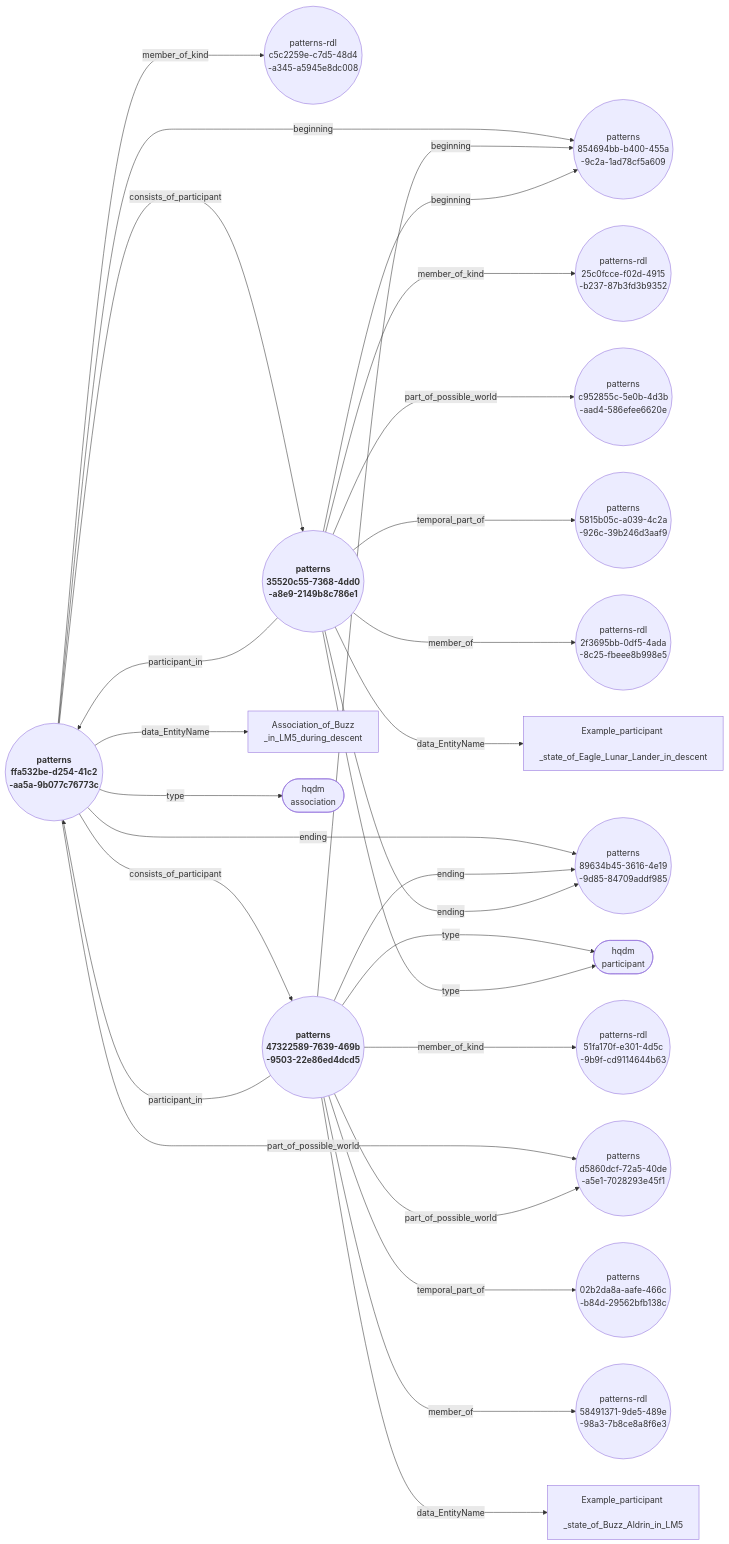
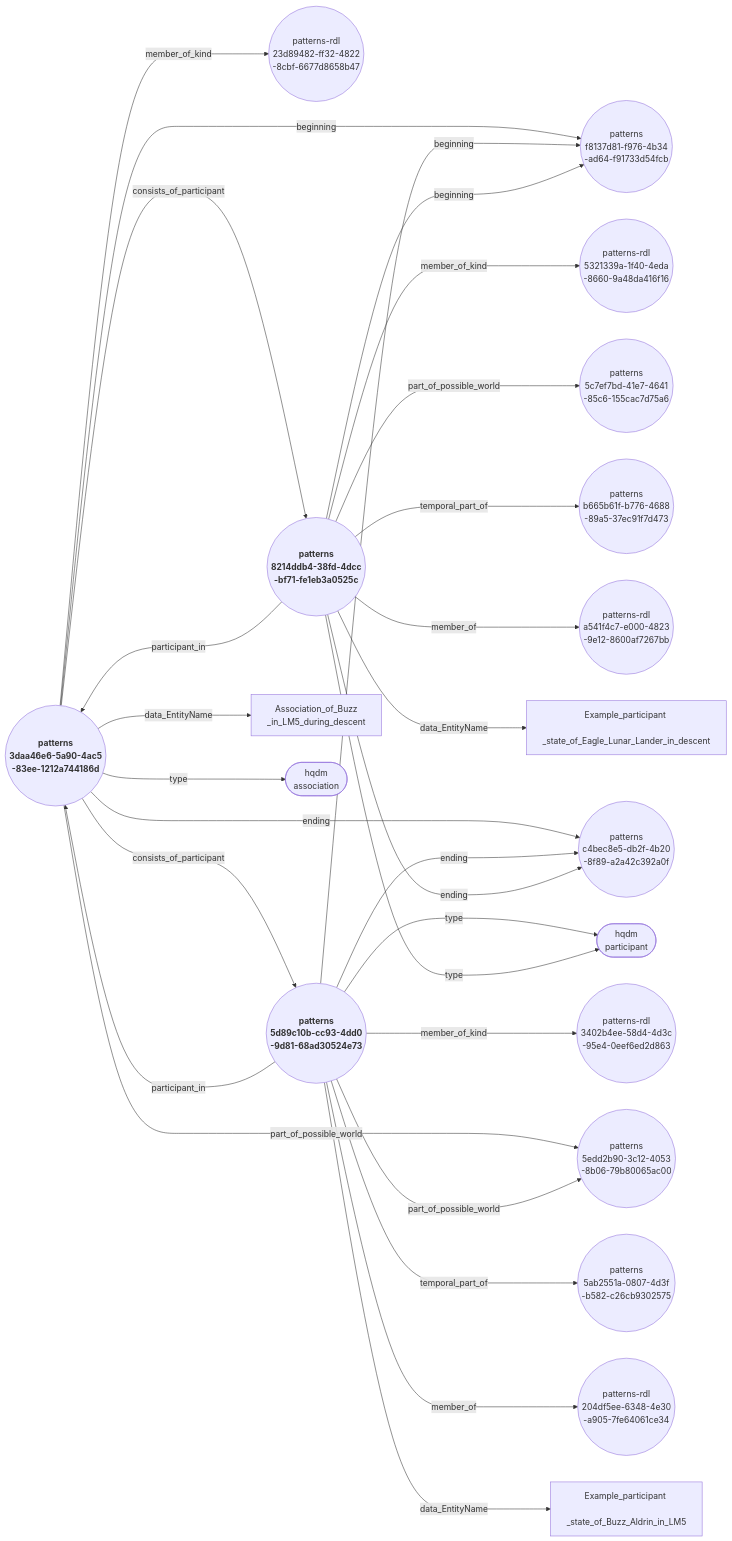
Before and after one commit to ClimbingAl/HqdmPatterns: the diagram in docs/extras/example-files/buzzInLM5AssociationAndParticipantsNodeEdgeGraph.mermaid, drawn with Mermaid. The commit also changed 135 other files, not shown here.

````diff
--- a/docs/extras/example-files/buzzInLM5AssociationAndParticipantsNodeEdgeGraph.mermaid
+++ b/docs/extras/example-files/buzzInLM5AssociationAndParticipantsNodeEdgeGraph.mermaid
@@ -1,29 +1,29 @@
 ``` mermaid
 graph LR
-  ffa532be-d254-41c2-aa5a-9b077c76773c(("<b> patterns <br> ffa532be-d254-41c2 <br> -aa5a-9b077c76773c"))--->|"beginning"|854694bb-b400-455a-9c2a-1ad78cf5a609(("patterns <br> 854694bb-b400-455a <br> -9c2a-1ad78cf5a609"));
-  ffa532be-d254-41c2-aa5a-9b077c76773c(("<b> patterns <br> ffa532be-d254-41c2 <br> -aa5a-9b077c76773c"))--->|"member_of_kind"|c5c2259e-c7d5-48d4-a345-a5945e8dc008(("patterns-rdl <br> c5c2259e-c7d5-48d4 <br> -a345-a5945e8dc008"));
-  ffa532be-d254-41c2-aa5a-9b077c76773c(("<b> patterns <br> ffa532be-d254-41c2 <br> -aa5a-9b077c76773c"))--->|"consists_of_participant"|35520c55-7368-4dd0-a8e9-2149b8c786e1(("<b> patterns <br> 35520c55-7368-4dd0 <br> -a8e9-2149b8c786e1"));
-  ffa532be-d254-41c2-aa5a-9b077c76773c(("<b> patterns <br> ffa532be-d254-41c2 <br> -aa5a-9b077c76773c"))--->|"consists_of_participant"|47322589-7639-469b-9503-22e86ed4dcd5(("<b> patterns <br> 47322589-7639-469b <br> -9503-22e86ed4dcd5"));
-  ffa532be-d254-41c2-aa5a-9b077c76773c(("<b> patterns <br> ffa532be-d254-41c2 <br> -aa5a-9b077c76773c"))--->|"part_of_possible_world"|d5860dcf-72a5-40de-a5e1-7028293e45f1(("patterns <br> d5860dcf-72a5-40de <br> -a5e1-7028293e45f1"));
-  ffa532be-d254-41c2-aa5a-9b077c76773c(("<b> patterns <br> ffa532be-d254-41c2 <br> -aa5a-9b077c76773c"))--->|"data_EntityName"|Association_of_Buzz_in_LM5_during_descent["Association_of_Buzz <br> _in_LM5_during_descent"];
-  ffa532be-d254-41c2-aa5a-9b077c76773c(("<b> patterns <br> ffa532be-d254-41c2 <br> -aa5a-9b077c76773c"))--->|"ending"|89634b45-3616-4e19-9d85-84709addf985(("patterns <br> 89634b45-3616-4e19 <br> -9d85-84709addf985"));
-  ffa532be-d254-41c2-aa5a-9b077c76773c(("<b> patterns <br> ffa532be-d254-41c2 <br> -aa5a-9b077c76773c"))--->|"type"|association(["hqdm <br> association"]);
-  47322589-7639-469b-9503-22e86ed4dcd5(("<b> patterns <br> 47322589-7639-469b <br> -9503-22e86ed4dcd5"))--->|"beginning"|854694bb-b400-455a-9c2a-1ad78cf5a609(("patterns <br> 854694bb-b400-455a <br> -9c2a-1ad78cf5a609"));
-  47322589-7639-469b-9503-22e86ed4dcd5(("<b> patterns <br> 47322589-7639-469b <br> -9503-22e86ed4dcd5"))--->|"member_of_kind"|51fa170f-e301-4d5c-9b9f-cd9114644b63(("patterns-rdl <br> 51fa170f-e301-4d5c <br> -9b9f-cd9114644b63"));
-  47322589-7639-469b-9503-22e86ed4dcd5(("<b> patterns <br> 47322589-7639-469b <br> -9503-22e86ed4dcd5"))--->|"part_of_possible_world"|d5860dcf-72a5-40de-a5e1-7028293e45f1(("patterns <br> d5860dcf-72a5-40de <br> -a5e1-7028293e45f1"));
-  47322589-7639-469b-9503-22e86ed4dcd5(("<b> patterns <br> 47322589-7639-469b <br> -9503-22e86ed4dcd5"))--->|"participant_in"|ffa532be-d254-41c2-aa5a-9b077c76773c(("<b> patterns <br> ffa532be-d254-41c2 <br> -aa5a-9b077c76773c"));
-  47322589-7639-469b-9503-22e86ed4dcd5(("<b> patterns <br> 47322589-7639-469b <br> -9503-22e86ed4dcd5"))--->|"temporal_part_of"|02b2da8a-aafe-466c-b84d-29562bfb138c(("patterns <br> 02b2da8a-aafe-466c <br> -b84d-29562bfb138c"));
-  47322589-7639-469b-9503-22e86ed4dcd5(("<b> patterns <br> 47322589-7639-469b <br> -9503-22e86ed4dcd5"))--->|"member_of"|58491371-9de5-489e-98a3-7b8ce8a8f6e3(("patterns-rdl <br> 58491371-9de5-489e <br> -98a3-7b8ce8a8f6e3"));
-  47322589-7639-469b-9503-22e86ed4dcd5(("<b> patterns <br> 47322589-7639-469b <br> -9503-22e86ed4dcd5"))--->|"data_EntityName"|Example_participant_state_of_Buzz_Aldrin_in_LM5["Example_participant <br> _state_of_Buzz_Aldrin_in_LM5"];
-  47322589-7639-469b-9503-22e86ed4dcd5(("<b> patterns <br> 47322589-7639-469b <br> -9503-22e86ed4dcd5"))--->|"ending"|89634b45-3616-4e19-9d85-84709addf985(("patterns <br> 89634b45-3616-4e19 <br> -9d85-84709addf985"));
-  47322589-7639-469b-9503-22e86ed4dcd5(("<b> patterns <br> 47322589-7639-469b <br> -9503-22e86ed4dcd5"))--->|"type"|participant(["hqdm <br> participant"]);
-  35520c55-7368-4dd0-a8e9-2149b8c786e1(("<b> patterns <br> 35520c55-7368-4dd0 <br> -a8e9-2149b8c786e1"))--->|"beginning"|854694bb-b400-455a-9c2a-1ad78cf5a609(("patterns <br> 854694bb-b400-455a <br> -9c2a-1ad78cf5a609"));
-  35520c55-7368-4dd0-a8e9-2149b8c786e1(("<b> patterns <br> 35520c55-7368-4dd0 <br> -a8e9-2149b8c786e1"))--->|"member_of_kind"|25c0fcce-f02d-4915-b237-87b3fd3b9352(("patterns-rdl <br> 25c0fcce-f02d-4915 <br> -b237-87b3fd3b9352"));
-  35520c55-7368-4dd0-a8e9-2149b8c786e1(("<b> patterns <br> 35520c55-7368-4dd0 <br> -a8e9-2149b8c786e1"))--->|"part_of_possible_world"|c952855c-5e0b-4d3b-aad4-586efee6620e(("patterns <br> c952855c-5e0b-4d3b <br> -aad4-586efee6620e"));
-  35520c55-7368-4dd0-a8e9-2149b8c786e1(("<b> patterns <br> 35520c55-7368-4dd0 <br> -a8e9-2149b8c786e1"))--->|"participant_in"|ffa532be-d254-41c2-aa5a-9b077c76773c(("<b> patterns <br> ffa532be-d254-41c2 <br> -aa5a-9b077c76773c"));
-  35520c55-7368-4dd0-a8e9-2149b8c786e1(("<b> patterns <br> 35520c55-7368-4dd0 <br> -a8e9-2149b8c786e1"))--->|"temporal_part_of"|5815b05c-a039-4c2a-926c-39b246d3aaf9(("patterns <br> 5815b05c-a039-4c2a <br> -926c-39b246d3aaf9"));
-  35520c55-7368-4dd0-a8e9-2149b8c786e1(("<b> patterns <br> 35520c55-7368-4dd0 <br> -a8e9-2149b8c786e1"))--->|"member_of"|2f3695bb-0df5-4ada-8c25-fbeee8b998e5(("patterns-rdl <br> 2f3695bb-0df5-4ada <br> -8c25-fbeee8b998e5"));
-  35520c55-7368-4dd0-a8e9-2149b8c786e1(("<b> patterns <br> 35520c55-7368-4dd0 <br> -a8e9-2149b8c786e1"))--->|"data_EntityName"|Example_participant_state_of_Eagle_Lunar_Lander_in_descent["Example_participant <br> _state_of_Eagle_Lunar_Lander_in_descent"];
-  35520c55-7368-4dd0-a8e9-2149b8c786e1(("<b> patterns <br> 35520c55-7368-4dd0 <br> -a8e9-2149b8c786e1"))--->|"ending"|89634b45-3616-4e19-9d85-84709addf985(("patterns <br> 89634b45-3616-4e19 <br> -9d85-84709addf985"));
-  35520c55-7368-4dd0-a8e9-2149b8c786e1(("<b> patterns <br> 35520c55-7368-4dd0 <br> -a8e9-2149b8c786e1"))--->|"type"|participant(["hqdm <br> participant"]);
+  3daa46e6-5a90-4ac5-83ee-1212a744186d(("<b> patterns <br> 3daa46e6-5a90-4ac5 <br> -83ee-1212a744186d"))--->|"beginning"|f8137d81-f976-4b34-ad64-f91733d54fcb(("patterns <br> f8137d81-f976-4b34 <br> -ad64-f91733d54fcb"));
+  3daa46e6-5a90-4ac5-83ee-1212a744186d(("<b> patterns <br> 3daa46e6-5a90-4ac5 <br> -83ee-1212a744186d"))--->|"member_of_kind"|23d89482-ff32-4822-8cbf-6677d8658b47(("patterns-rdl <br> 23d89482-ff32-4822 <br> -8cbf-6677d8658b47"));
+  3daa46e6-5a90-4ac5-83ee-1212a744186d(("<b> patterns <br> 3daa46e6-5a90-4ac5 <br> -83ee-1212a744186d"))--->|"consists_of_participant"|8214ddb4-38fd-4dcc-bf71-fe1eb3a0525c(("<b> patterns <br> 8214ddb4-38fd-4dcc <br> -bf71-fe1eb3a0525c"));
+  3daa46e6-5a90-4ac5-83ee-1212a744186d(("<b> patterns <br> 3daa46e6-5a90-4ac5 <br> -83ee-1212a744186d"))--->|"consists_of_participant"|5d89c10b-cc93-4dd0-9d81-68ad30524e73(("<b> patterns <br> 5d89c10b-cc93-4dd0 <br> -9d81-68ad30524e73"));
+  3daa46e6-5a90-4ac5-83ee-1212a744186d(("<b> patterns <br> 3daa46e6-5a90-4ac5 <br> -83ee-1212a744186d"))--->|"part_of_possible_world"|5edd2b90-3c12-4053-8b06-79b80065ac00(("patterns <br> 5edd2b90-3c12-4053 <br> -8b06-79b80065ac00"));
+  3daa46e6-5a90-4ac5-83ee-1212a744186d(("<b> patterns <br> 3daa46e6-5a90-4ac5 <br> -83ee-1212a744186d"))--->|"data_EntityName"|Association_of_Buzz_in_LM5_during_descent["Association_of_Buzz <br> _in_LM5_during_descent"];
+  3daa46e6-5a90-4ac5-83ee-1212a744186d(("<b> patterns <br> 3daa46e6-5a90-4ac5 <br> -83ee-1212a744186d"))--->|"ending"|c4bec8e5-db2f-4b20-8f89-a2a42c392a0f(("patterns <br> c4bec8e5-db2f-4b20 <br> -8f89-a2a42c392a0f"));
+  3daa46e6-5a90-4ac5-83ee-1212a744186d(("<b> patterns <br> 3daa46e6-5a90-4ac5 <br> -83ee-1212a744186d"))--->|"type"|association(["hqdm <br> association"]);
+  5d89c10b-cc93-4dd0-9d81-68ad30524e73(("<b> patterns <br> 5d89c10b-cc93-4dd0 <br> -9d81-68ad30524e73"))--->|"beginning"|f8137d81-f976-4b34-ad64-f91733d54fcb(("patterns <br> f8137d81-f976-4b34 <br> -ad64-f91733d54fcb"));
+  5d89c10b-cc93-4dd0-9d81-68ad30524e73(("<b> patterns <br> 5d89c10b-cc93-4dd0 <br> -9d81-68ad30524e73"))--->|"member_of_kind"|3402b4ee-58d4-4d3c-95e4-0eef6ed2d863(("patterns-rdl <br> 3402b4ee-58d4-4d3c <br> -95e4-0eef6ed2d863"));
+  5d89c10b-cc93-4dd0-9d81-68ad30524e73(("<b> patterns <br> 5d89c10b-cc93-4dd0 <br> -9d81-68ad30524e73"))--->|"part_of_possible_world"|5edd2b90-3c12-4053-8b06-79b80065ac00(("patterns <br> 5edd2b90-3c12-4053 <br> -8b06-79b80065ac00"));
+  5d89c10b-cc93-4dd0-9d81-68ad30524e73(("<b> patterns <br> 5d89c10b-cc93-4dd0 <br> -9d81-68ad30524e73"))--->|"participant_in"|3daa46e6-5a90-4ac5-83ee-1212a744186d(("<b> patterns <br> 3daa46e6-5a90-4ac5 <br> -83ee-1212a744186d"));
+  5d89c10b-cc93-4dd0-9d81-68ad30524e73(("<b> patterns <br> 5d89c10b-cc93-4dd0 <br> -9d81-68ad30524e73"))--->|"temporal_part_of"|5ab2551a-0807-4d3f-b582-c26cb9302575(("patterns <br> 5ab2551a-0807-4d3f <br> -b582-c26cb9302575"));
+  5d89c10b-cc93-4dd0-9d81-68ad30524e73(("<b> patterns <br> 5d89c10b-cc93-4dd0 <br> -9d81-68ad30524e73"))--->|"member_of"|204df5ee-6348-4e30-a905-7fe64061ce34(("patterns-rdl <br> 204df5ee-6348-4e30 <br> -a905-7fe64061ce34"));
+  5d89c10b-cc93-4dd0-9d81-68ad30524e73(("<b> patterns <br> 5d89c10b-cc93-4dd0 <br> -9d81-68ad30524e73"))--->|"data_EntityName"|Example_participant_state_of_Buzz_Aldrin_in_LM5["Example_participant <br> _state_of_Buzz_Aldrin_in_LM5"];
+  5d89c10b-cc93-4dd0-9d81-68ad30524e73(("<b> patterns <br> 5d89c10b-cc93-4dd0 <br> -9d81-68ad30524e73"))--->|"ending"|c4bec8e5-db2f-4b20-8f89-a2a42c392a0f(("patterns <br> c4bec8e5-db2f-4b20 <br> -8f89-a2a42c392a0f"));
+  5d89c10b-cc93-4dd0-9d81-68ad30524e73(("<b> patterns <br> 5d89c10b-cc93-4dd0 <br> -9d81-68ad30524e73"))--->|"type"|participant(["hqdm <br> participant"]);
+  8214ddb4-38fd-4dcc-bf71-fe1eb3a0525c(("<b> patterns <br> 8214ddb4-38fd-4dcc <br> -bf71-fe1eb3a0525c"))--->|"beginning"|f8137d81-f976-4b34-ad64-f91733d54fcb(("patterns <br> f8137d81-f976-4b34 <br> -ad64-f91733d54fcb"));
+  8214ddb4-38fd-4dcc-bf71-fe1eb3a0525c(("<b> patterns <br> 8214ddb4-38fd-4dcc <br> -bf71-fe1eb3a0525c"))--->|"member_of_kind"|5321339a-1f40-4eda-8660-9a48da416f16(("patterns-rdl <br> 5321339a-1f40-4eda <br> -8660-9a48da416f16"));
+  8214ddb4-38fd-4dcc-bf71-fe1eb3a0525c(("<b> patterns <br> 8214ddb4-38fd-4dcc <br> -bf71-fe1eb3a0525c"))--->|"part_of_possible_world"|5c7ef7bd-41e7-4641-85c6-155cac7d75a6(("patterns <br> 5c7ef7bd-41e7-4641 <br> -85c6-155cac7d75a6"));
+  8214ddb4-38fd-4dcc-bf71-fe1eb3a0525c(("<b> patterns <br> 8214ddb4-38fd-4dcc <br> -bf71-fe1eb3a0525c"))--->|"participant_in"|3daa46e6-5a90-4ac5-83ee-1212a744186d(("<b> patterns <br> 3daa46e6-5a90-4ac5 <br> -83ee-1212a744186d"));
+  8214ddb4-38fd-4dcc-bf71-fe1eb3a0525c(("<b> patterns <br> 8214ddb4-38fd-4dcc <br> -bf71-fe1eb3a0525c"))--->|"temporal_part_of"|b665b61f-b776-4688-89a5-37ec91f7d473(("patterns <br> b665b61f-b776-4688 <br> -89a5-37ec91f7d473"));
+  8214ddb4-38fd-4dcc-bf71-fe1eb3a0525c(("<b> patterns <br> 8214ddb4-38fd-4dcc <br> -bf71-fe1eb3a0525c"))--->|"member_of"|a541f4c7-e000-4823-9e12-8600af7267bb(("patterns-rdl <br> a541f4c7-e000-4823 <br> -9e12-8600af7267bb"));
+  8214ddb4-38fd-4dcc-bf71-fe1eb3a0525c(("<b> patterns <br> 8214ddb4-38fd-4dcc <br> -bf71-fe1eb3a0525c"))--->|"data_EntityName"|Example_participant_state_of_Eagle_Lunar_Lander_in_descent["Example_participant <br> _state_of_Eagle_Lunar_Lander_in_descent"];
+  8214ddb4-38fd-4dcc-bf71-fe1eb3a0525c(("<b> patterns <br> 8214ddb4-38fd-4dcc <br> -bf71-fe1eb3a0525c"))--->|"ending"|c4bec8e5-db2f-4b20-8f89-a2a42c392a0f(("patterns <br> c4bec8e5-db2f-4b20 <br> -8f89-a2a42c392a0f"));
+  8214ddb4-38fd-4dcc-bf71-fe1eb3a0525c(("<b> patterns <br> 8214ddb4-38fd-4dcc <br> -bf71-fe1eb3a0525c"))--->|"type"|participant(["hqdm <br> participant"]);
 ```
````
